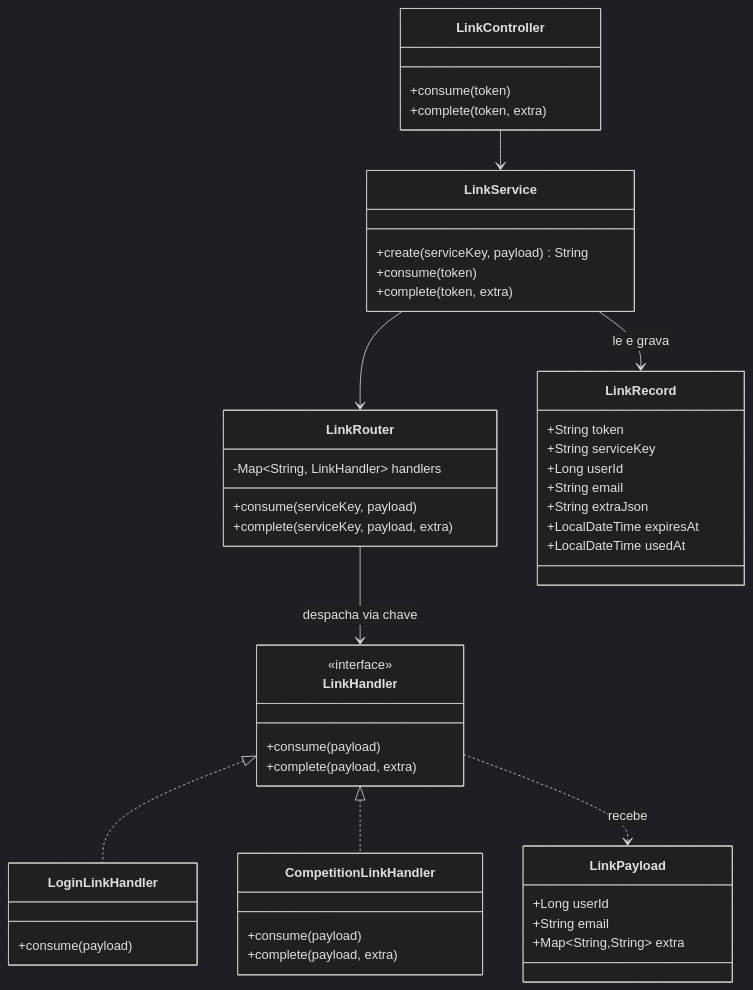
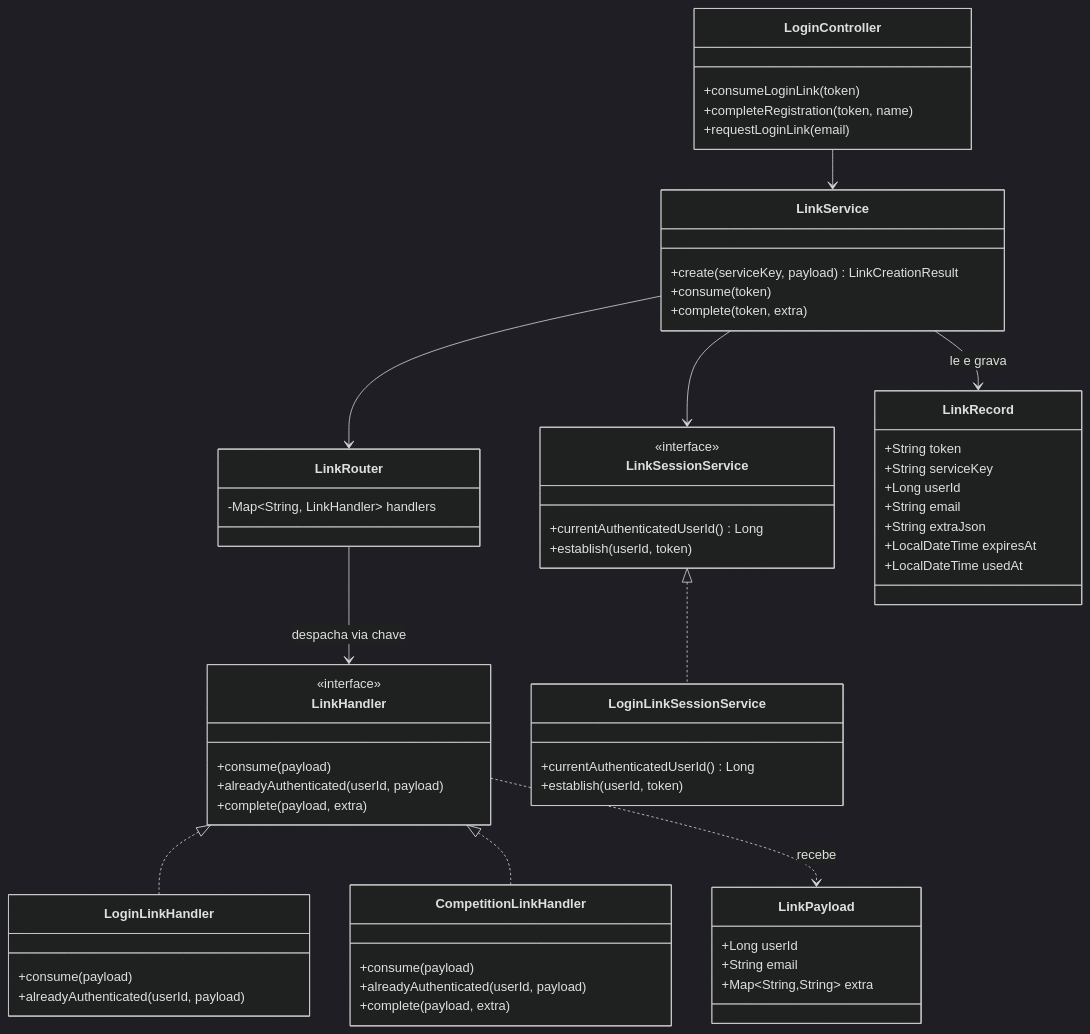
Before and after one commit to lalgarve/jogo-acoes: the second of 2 diagrams in specs/05-003-desacoplamento-login-link/spec.md, drawn with Mermaid (dark theme). The commit also changed other lines of this file and 37 other files, not shown here.

````diff
--- a/specs/05-003-desacoplamento-login-link/spec.md
+++ b/specs/05-003-desacoplamento-login-link/spec.md
@@ -133,51 +134,64 @@
 ```mermaid
 classDiagram
-    class LinkController {
-        +consume(token)
-        +complete(token, extra)
+    class LoginController {
+        +consumeLoginLink(token)
+        +completeRegistration(token, name)
+        +requestLoginLink(email)
     }
     class LinkService {
-        +create(serviceKey, payload) String
+        +create(serviceKey, payload) LinkCreationResult
         +consume(token)
         +complete(token, extra)
     }
     class LinkRouter {
         -Map~String, LinkHandler~ handlers
-        +consume(serviceKey, payload)
-        +complete(serviceKey, payload, extra)
+    }
+    class LinkSessionService {
+        <<interface>>
+        +currentAuthenticatedUserId() Long
+        +establish(userId, token)
     }
     class LinkRecord {
         +String token
         +String serviceKey
         +Long userId
         +String email
         +String extraJson
         +LocalDateTime expiresAt
         +LocalDateTime usedAt
     }
     class LinkHandler {
         <<interface>>
         +consume(payload)
+        +alreadyAuthenticated(userId, payload)
         +complete(payload, extra)
     }
     class LinkPayload {
         +Long userId
         +String email
         +Map~String,String~ extra
     }
     class LoginLinkHandler {
         +consume(payload)
+        +alreadyAuthenticated(userId, payload)
+    }
+    class LoginLinkSessionService {
+        +currentAuthenticatedUserId() Long
+        +establish(userId, token)
     }
     class CompetitionLinkHandler {
         +consume(payload)
+        +alreadyAuthenticated(userId, payload)
         +complete(payload, extra)
     }
 
-    LinkController --> LinkService
+    LoginController --> LinkService
     LinkService --> LinkRecord : le e grava
     LinkService --> LinkRouter
+    LinkService --> LinkSessionService
     LinkRouter --> LinkHandler : despacha via chave
     LinkHandler <|.. LoginLinkHandler
     LinkHandler <|.. CompetitionLinkHandler
     LinkHandler ..> LinkPayload : recebe
+    LinkSessionService <|.. LoginLinkSessionService
 ```
````
